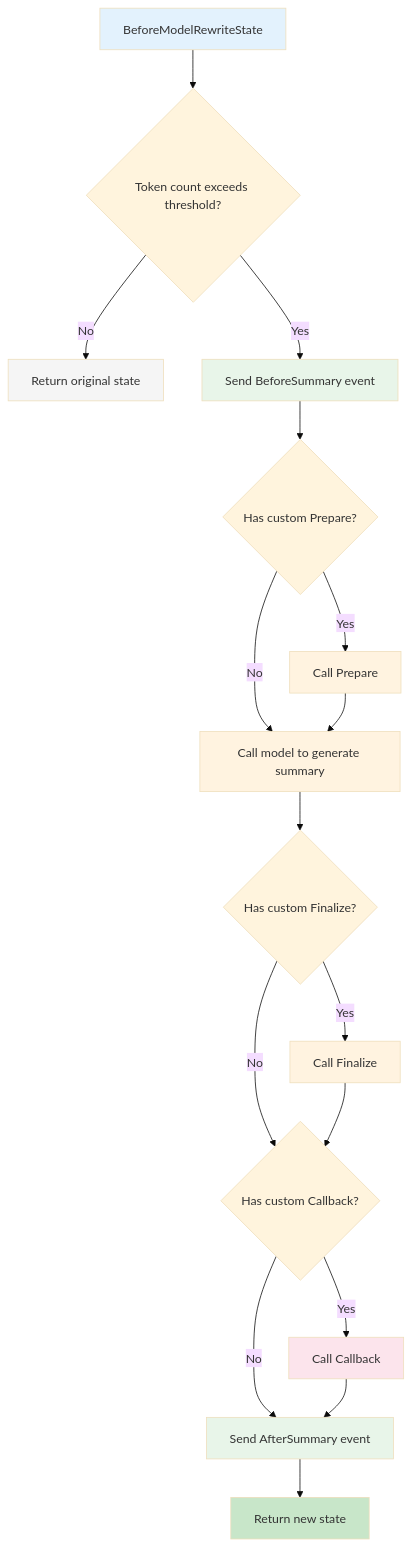
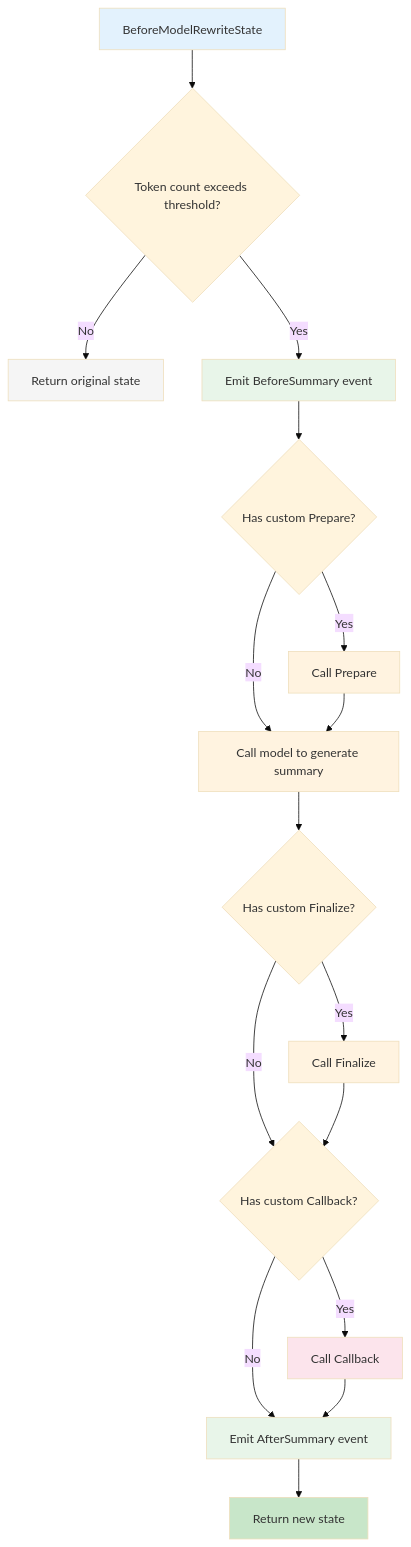
The diagram in content/en/docs/eino/core_modules/eino_adk/Eino_ADK_ChatModelAgentMiddleware/Middleware_Summarization.md (cloudwego/cloudwego.github.io), drawn with Mermaid (base theme) before and after one commit. The commit also changed other lines of this file and 9 other files, not shown here.

````diff
--- a/content/en/docs/eino/core_modules/eino_adk/Eino_ADK_ChatModelAgentMiddleware/Middleware_Summarization.md
+++ b/content/en/docs/eino/core_modules/eino_adk/Eino_ADK_ChatModelAgentMiddleware/Middleware_Summarization.md
@@ -156,28 +156,28 @@
 ```mermaid
 flowchart TD
     A[BeforeModelRewriteState] --> B{Token count exceeds threshold?}
     B -->|No| C[Return original state]
-    B -->|Yes| D[Send BeforeSummary event]
+    B -->|Yes| D[Emit BeforeSummary event]
     D --> E{Has custom Prepare?}
     E -->|Yes| F[Call Prepare]
     E -->|No| G[Call model to generate summary]
     F --> G
     G --> H{Has custom Finalize?}
     H -->|Yes| I[Call Finalize]
     H -->|No| L{Has custom Callback?}
     I --> L
     L -->|Yes| M[Call Callback]
-    L -->|No| J[Send AfterSummary event]
+    L -->|No| J[Emit AfterSummary event]
     M --> J
     J --> K[Return new state]
 
     style A fill:#e3f2fd
     style G fill:#fff3e0
     style D fill:#e8f5e9
     style J fill:#e8f5e9
     style K fill:#c8e6c9
     style C fill:#f5f5f5
     style M fill:#fce4ec
     style F fill:#fff3e0
     style I fill:#fff3e0
 ```
````
